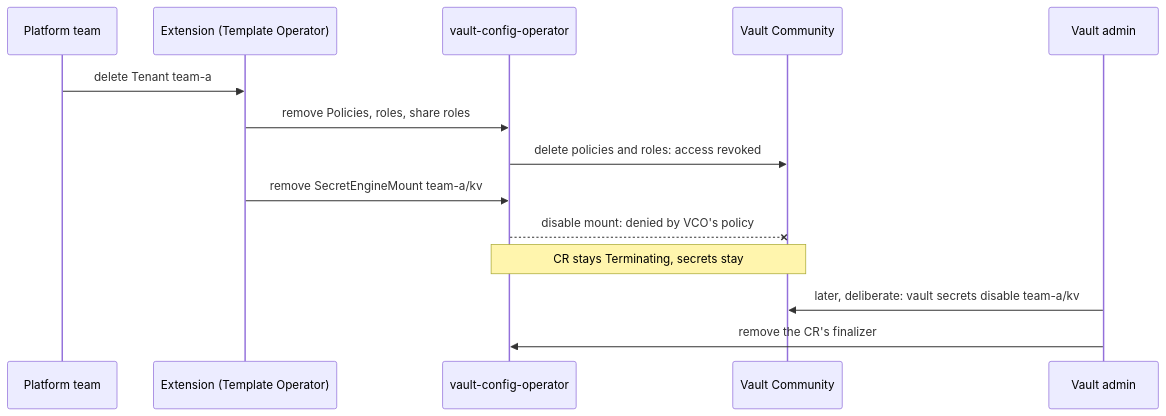
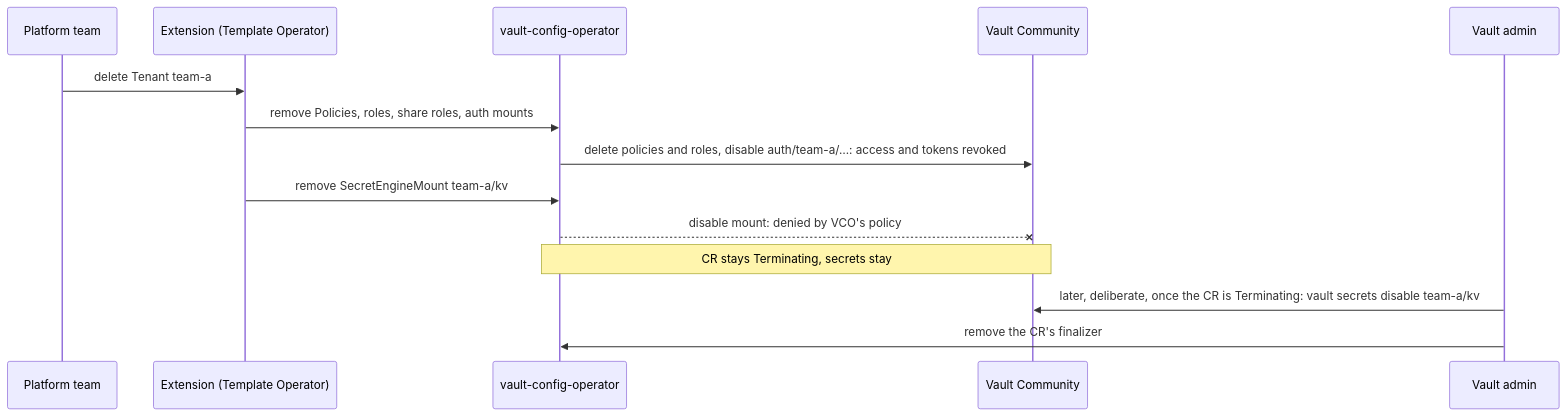
Before and after one commit to stakater/mto-extension-vault-community: the fifth of 6 diagrams in docs/diagrams.md, drawn with Mermaid. The commit also changed other lines of this file and 77 other files, not shown here.

````diff
--- a/docs/diagrams.md
+++ b/docs/diagrams.md
@@ -117,16 +123,16 @@
 ```mermaid
 sequenceDiagram
   participant PT as Platform team
   participant EXT as Extension (Template Operator)
   participant VCO as vault-config-operator
   participant V as Vault Community
   participant VA as Vault admin
   PT->>EXT: delete Tenant team-a
-  EXT->>VCO: remove Policies, roles, share roles
-  VCO->>V: delete policies and roles: access revoked
+  EXT->>VCO: remove Policies, roles, share roles, auth mounts
+  VCO->>V: delete policies and roles, disable auth/team-a/…: access and tokens revoked
   EXT->>VCO: remove SecretEngineMount team-a/kv
   VCO--xV: disable mount: denied by VCO's policy
   Note over VCO,V: CR stays Terminating, secrets stay
-  VA->>V: later, deliberate: vault secrets disable team-a/kv
+  VA->>V: later, deliberate, once the CR is Terminating: vault secrets disable team-a/kv
   VA->>VCO: remove the CR's finalizer
 ```
````
